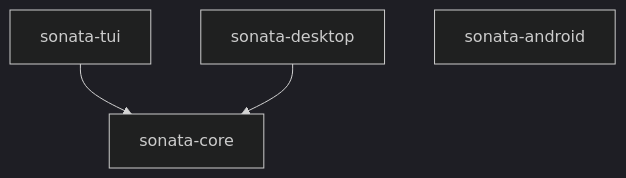
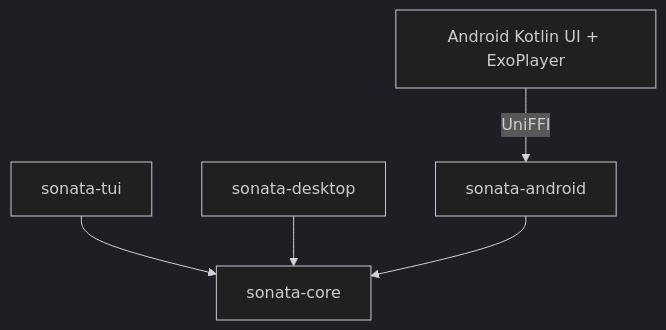
Before and after one commit to MehmetCanWT/sonata: the first of 2 diagrams in docs/architecture.md, drawn with Mermaid (dark theme). The commit also changed other lines of this file and 57 other files, not shown here.

````diff
--- a/docs/architecture.md
+++ b/docs/architecture.md
@@ -18,6 +19,7 @@
 ```mermaid
 flowchart TD
     TUI[sonata-tui] --> CORE[sonata-core]
     DESK[sonata-desktop] --> CORE
-    AND[sonata-android]
+    ANDAPP[Android Kotlin UI + ExoPlayer] -->|UniFFI| ANDFFI[sonata-android]
+    ANDFFI --> CORE
 ```
````
